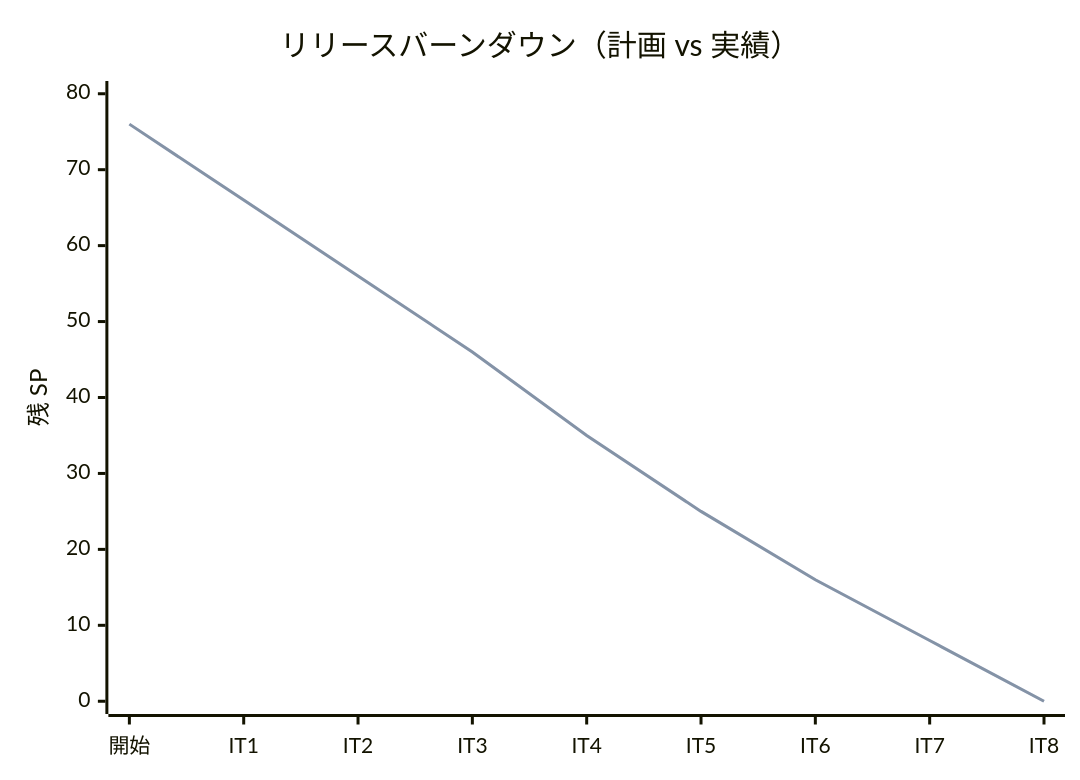
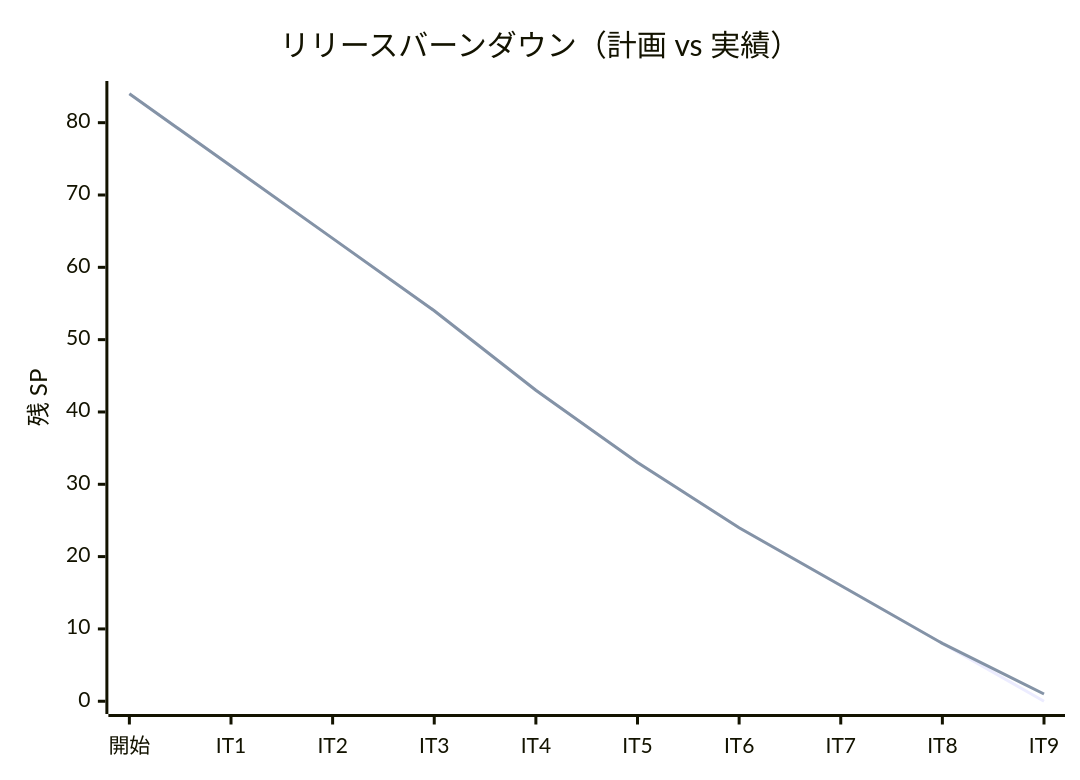
Before and after one commit to k2works/case-study-cargo-tracker: the third of 3 diagrams in docs/development/release_plan.md, drawn with Mermaid. The commit also changed other lines of this file and 1 other file, not shown here.

````diff
--- a/docs/development/release_plan.md
+++ b/docs/development/release_plan.md
@@ -397,8 +398,8 @@
 ```mermaid
 xychart-beta
     title "リリースバーンダウン（計画 vs 実績）"
-    x-axis ["開始", "IT1", "IT2", "IT3", "IT4", "IT5", "IT6", "IT7", "IT8"]
-    y-axis "残 SP" 0 --> 80
-    line "計画" [76, 66, 56, 46, 35, 25, 16, 8, 0]
-    line "実績" [76, 66, 56, 46, 35, 25, 16, 8, 0]
+    x-axis ["開始", "IT1", "IT2", "IT3", "IT4", "IT5", "IT6", "IT7", "IT8", "IT9"]
+    y-axis "残 SP" 0 --> 84
+    line "計画" [84, 74, 64, 54, 43, 33, 24, 16, 8, 0]
+    line "実績" [84, 74, 64, 54, 43, 33, 24, 16, 8, 1]
 ```
````
